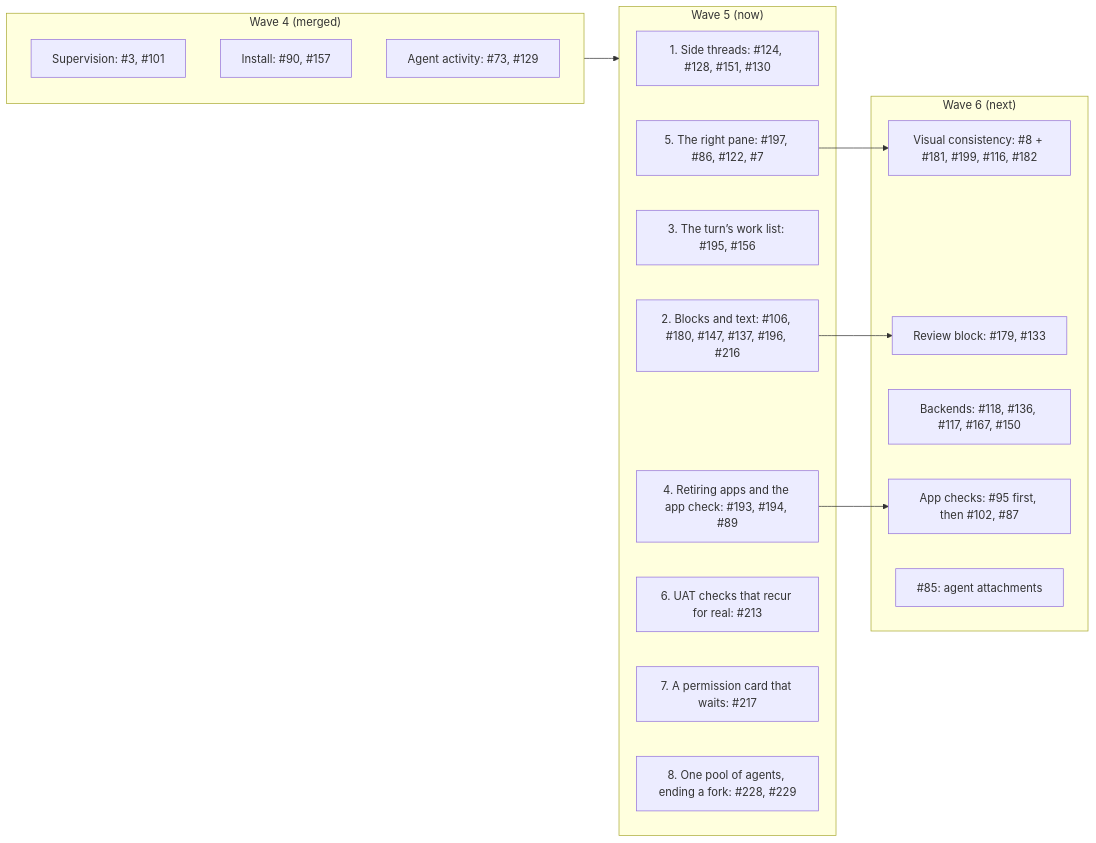
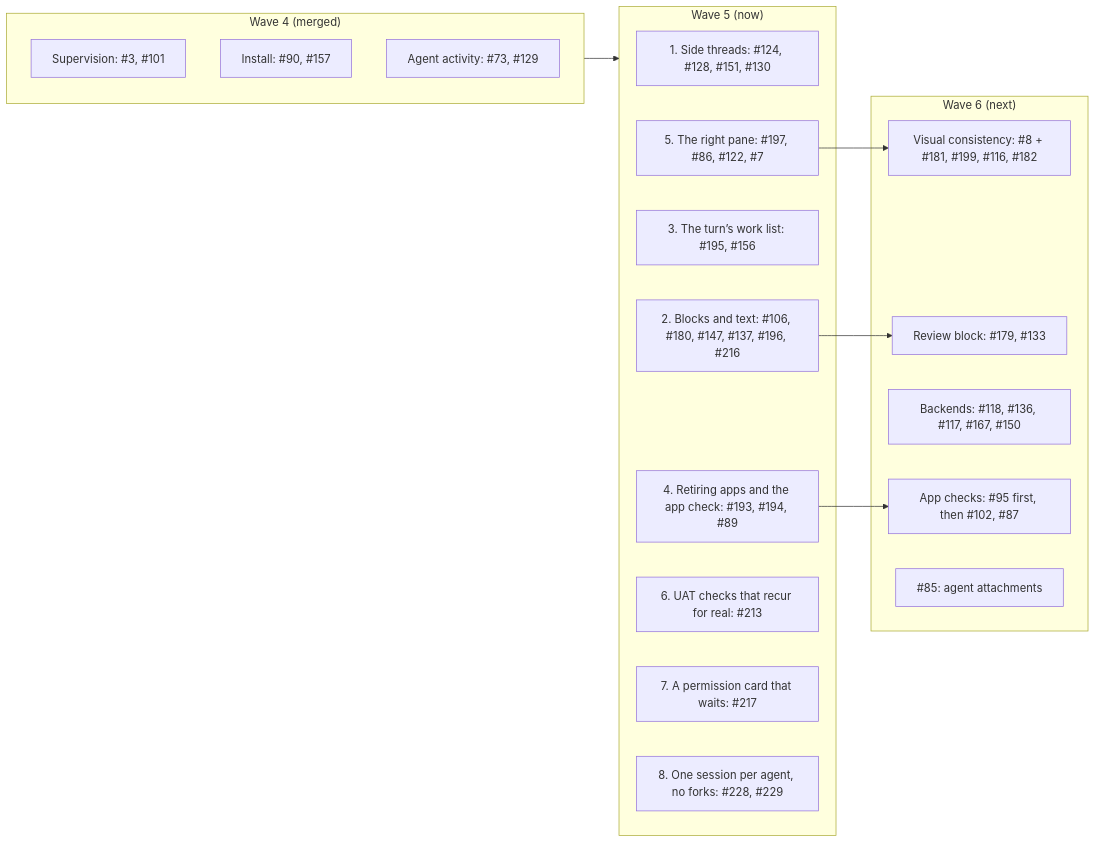
One commit to HJeon139/postbox changed the diagram in designs/prompts/README.md. Above: the diagram before and after it, drawn with Mermaid. The commit also changed other lines of this file and 2 other files, not shown here.

Commit message:
docs(intent): no forks: one session per agent per conversation, and subagents in the tree
The person's design of 23 October 2026 (#228), marked not built yet.
Principle 7 controls memory with new conversations, Compact and Archive;
a busy agent's wakes wait; topic threads use the agent's session; the
agent tree shows subagents, with End (#229). The #228 brief is rewritten.

````diff
--- a/designs/prompts/README.md
+++ b/designs/prompts/README.md
@@ -11,29 +11,29 @@
 ```mermaid
 flowchart LR
   subgraph w4["Wave 4 (merged)"]
     a["Supervision: #3, #101"]
     d["Install: #90, #157"]
     e["Agent activity: #73, #129"]
   end
   subgraph w5["Wave 5 (now)"]
     s1["1. Side threads: #124, #128, #151, #130"]
     s2["2. Blocks and text: #106, #180, #147, #137, #196, #216"]
     s3["3. The turn’s work list: #195, #156"]
     s4["4. Retiring apps and the app check: #193, #194, #89"]
     s5["5. The right pane: #197, #86, #122, #7"]
     s6["6. UAT checks that recur for real: #213"]
     s7["7. A permission card that waits: #217"]
-    s8["8. One pool of agents, ending a fork: #228, #229"]
+    s8["8. One session per agent, no forks: #228, #229"]
   end
   subgraph w6["Wave 6 (next)"]
     v["Visual consistency: #8 + #181, #199, #116, #182"]
     rv["Review block: #179, #133"]
     be["Backends: #118, #136, #117, #167, #150"]
     ck["App checks: #95 first, then #102, #87"]
     at["#85: agent attachments"]
   end
   w4 --> w5
   s2 --> rv
   s4 --> ck
   s5 --> v
 ```
````
